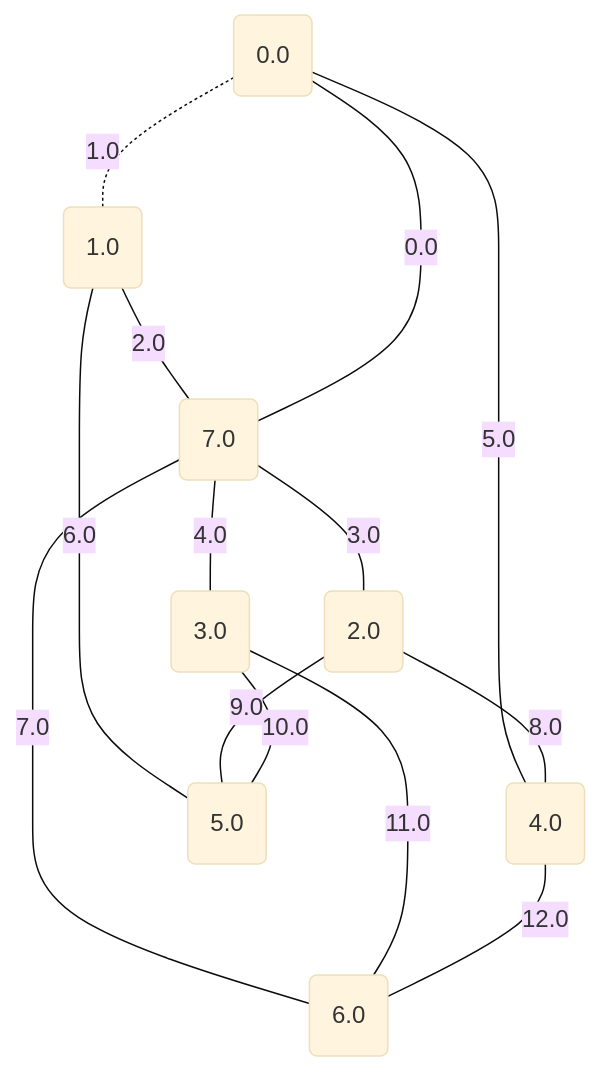
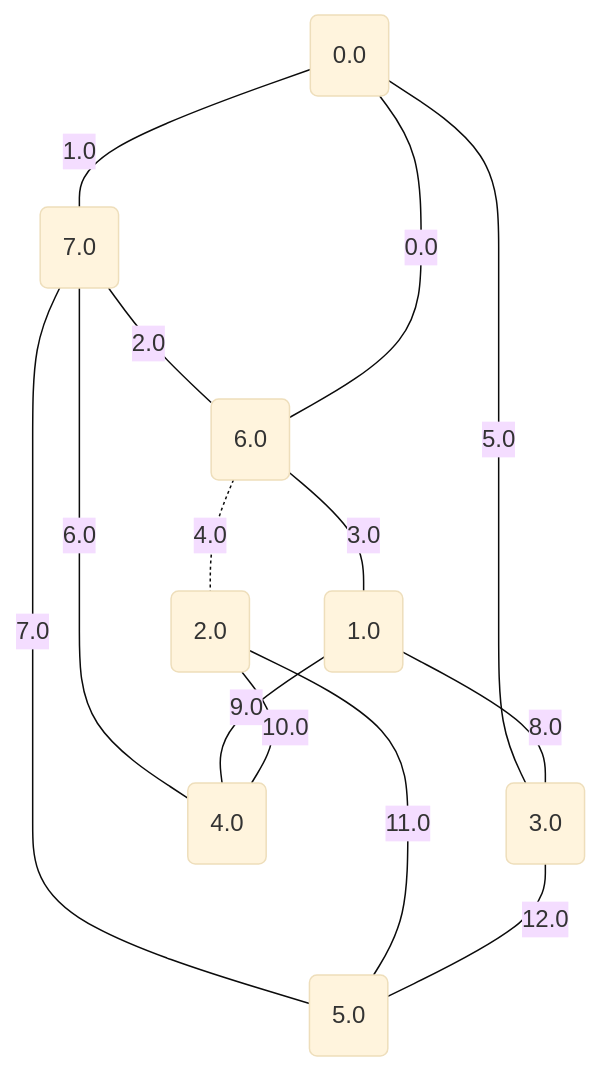
One commit to metury/graphs changed the sixth of 17 diagrams in project/src/testing/minCutPetersen.md. Above: the diagram before and after it, drawn with Mermaid (base theme). The commit also changed other lines of this file and 78 other files, not shown here.

````diff
--- a/project/src/testing/minCutPetersen.md
+++ b/project/src/testing/minCutPetersen.md
@@ -164,24 +164,24 @@
 ```mermaid
 graph TD;
 0("0.0");
 1("1.0");
 2("2.0");
 3("3.0");
 4("4.0");
 5("5.0");
 6("6.0");
 7("7.0");
-	7 -- "0.0" --- 0;
-	0 -. "1.0" -.- 1;
-	1 -- "2.0" --- 7;
-	7 -- "3.0" --- 2;
-	7 -- "4.0" --- 3;
-	0 -- "5.0" --- 4;
-	1 -- "6.0" --- 5;
-	7 -- "7.0" --- 6;
-	2 -- "8.0" --- 4;
-	2 -- "9.0" --- 5;
-	3 -- "10.0" --- 5;
-	3 -- "11.0" --- 6;
-	4 -- "12.0" --- 6;
+	6 -- "0.0" --- 0;
+	0 -- "1.0" --- 7;
+	7 -- "2.0" --- 6;
+	6 -- "3.0" --- 1;
+	6 -. "4.0" -.- 2;
+	0 -- "5.0" --- 3;
+	7 -- "6.0" --- 4;
+	7 -- "7.0" --- 5;
+	1 -- "8.0" --- 3;
+	1 -- "9.0" --- 4;
+	2 -- "10.0" --- 4;
+	2 -- "11.0" --- 5;
+	3 -- "12.0" --- 5;
 ```
````
